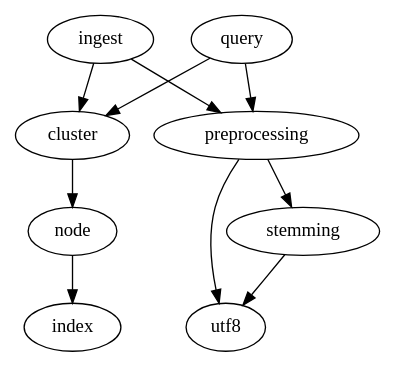
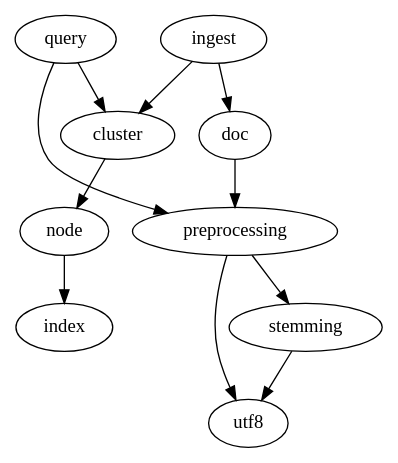
Before and after one commit to moretea/doko: the diagram in doc/apps-dependencies.dot, drawn with Graphviz.

Commit message:
Add "doc" module to dependencies graph

```diff
--- a/doc/apps-dependencies.dot
+++ b/doc/apps-dependencies.dot
@@ -1,11 +1,12 @@
 digraph g {
         cluster -> "node";
-        ingest -> preprocessing;
+        doc -> preprocessing;
+        ingest -> doc;
         ingest -> cluster;
         "node" -> index;
         preprocessing -> stemming;
         preprocessing -> utf8;
         query -> cluster;
         query -> preprocessing;
         stemming -> utf8;
 }
```
